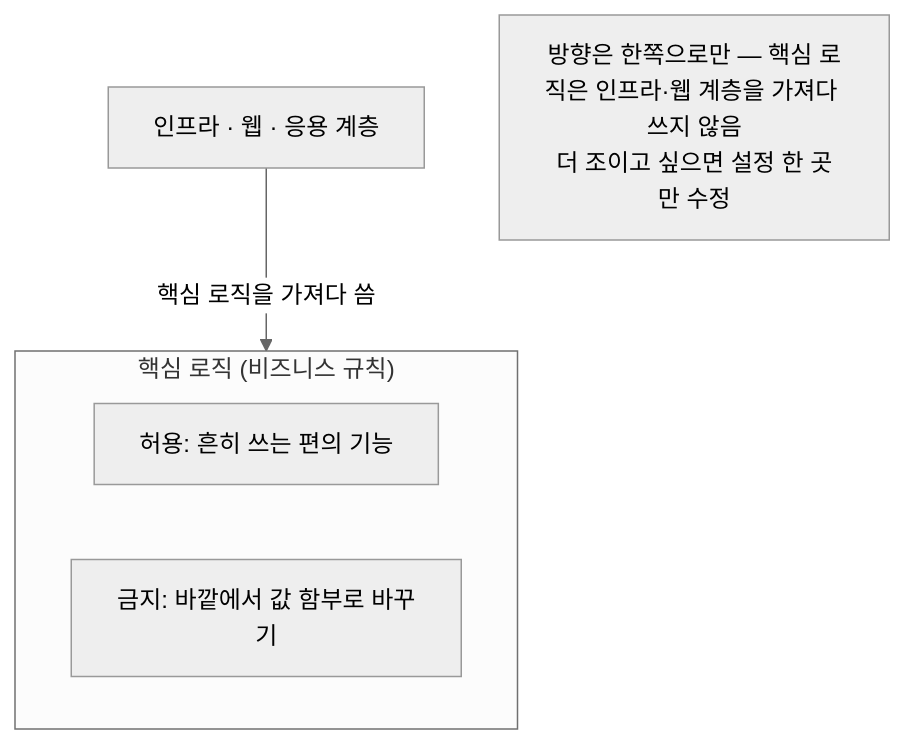
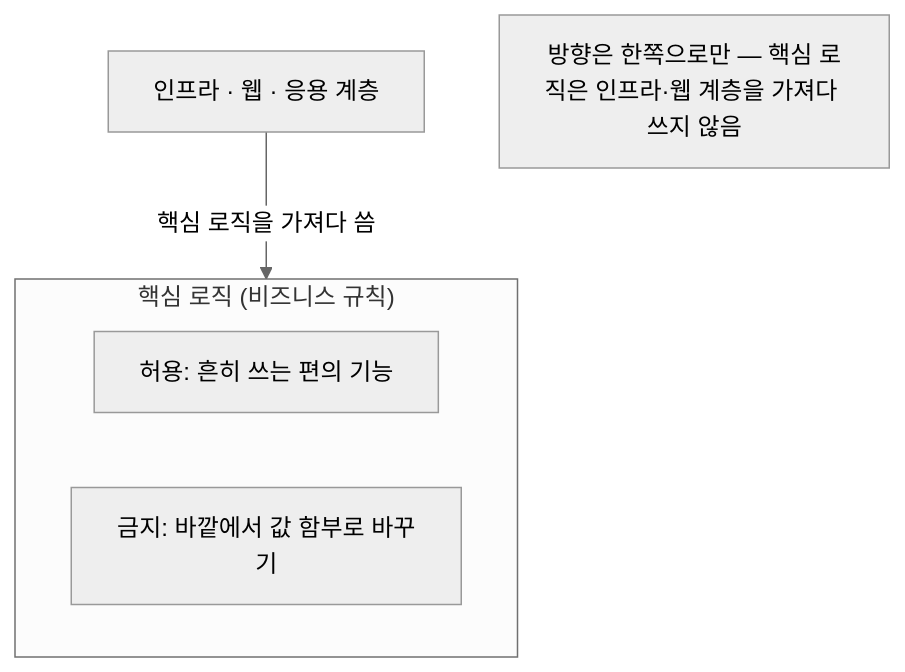
One commit to HongJungWan/opinionated-harness-template changed the fourth of 4 diagrams in README.md. Above: the diagram before and after it, drawn with Mermaid (neutral theme). The commit also changed other lines of this file, not shown here.

````diff
--- a/README.md
+++ b/README.md
@@ -187,9 +137,9 @@
 ```mermaid
 flowchart TD
     OUT["인프라 · 웹 · 응용 계층"] -->|"핵심 로직을 가져다 씀"| DOM
     subgraph DOM["핵심 로직 (비즈니스 규칙)"]
         OK["허용: 흔히 쓰는 편의 기능"]
         NO["금지: 바깥에서 값 함부로 바꾸기"]
     end
-    NOTE["방향은 한쪽으로만 — 핵심 로직은 인프라·웹 계층을 가져다 쓰지 않음<br/>더 조이고 싶으면 설정 한 곳만 수정"]
+    NOTE["방향은 한쪽으로만 — 핵심 로직은 인프라·웹 계층을 가져다 쓰지 않음"]
 ```
````
